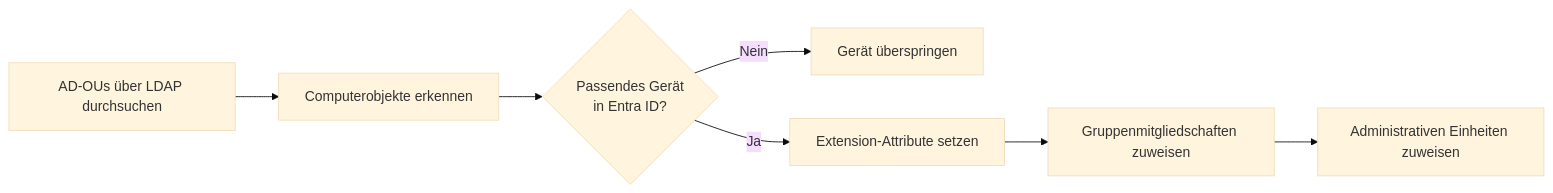
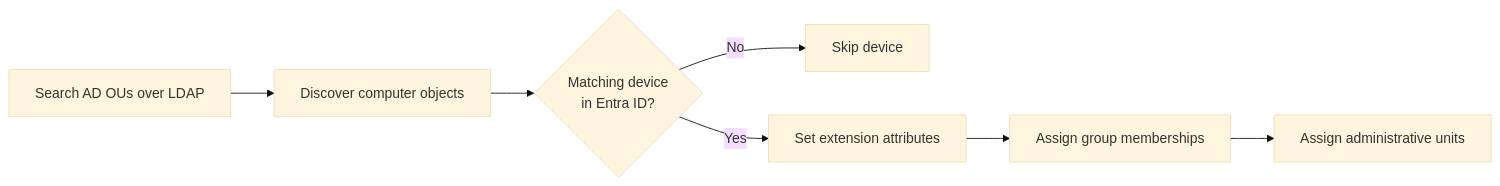
Before and after one commit to Kili69/HybridDeviceTagger: the diagram in README.md, drawn with Mermaid (base theme). The commit also changed other lines of this file and 7 other files, not shown here.

````diff
--- a/README.md
+++ b/README.md
@@ -35,9 +37,9 @@
 ```mermaid
 flowchart LR
-	A[AD-OUs über LDAP durchsuchen] --> B[Computerobjekte erkennen]
-	B --> C{Passendes Gerät<br/>in Entra ID?}
-	C -->|Nein| D[Gerät überspringen]
-	C -->|Ja| E[Extension-Attribute setzen]
-	E --> F[Gruppenmitgliedschaften zuweisen]
-	F --> G[Administrativen Einheiten zuweisen]
+	A[Search AD OUs over LDAP] --> B[Discover computer objects]
+	B --> C{Matching device<br/>in Entra ID?}
+	C -->|No| D[Skip device]
+	C -->|Yes| E[Set extension attributes]
+	E --> F[Assign group memberships]
+	F --> G[Assign administrative units]
 ```
````
